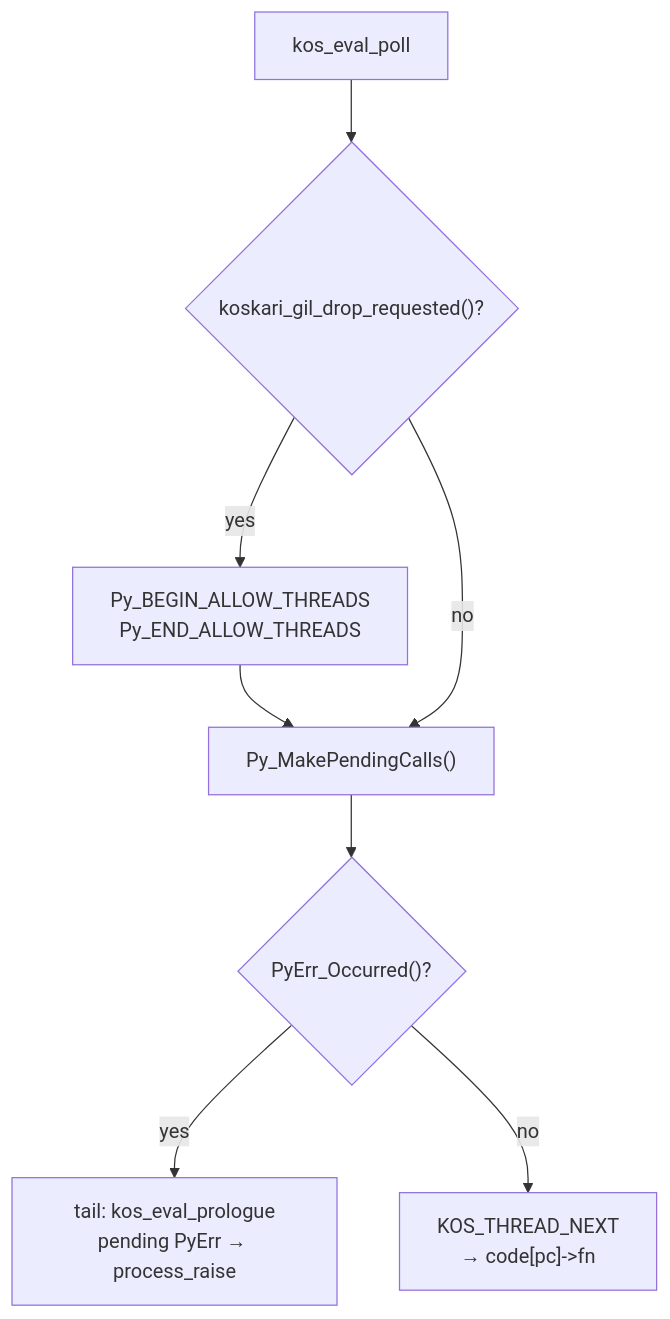
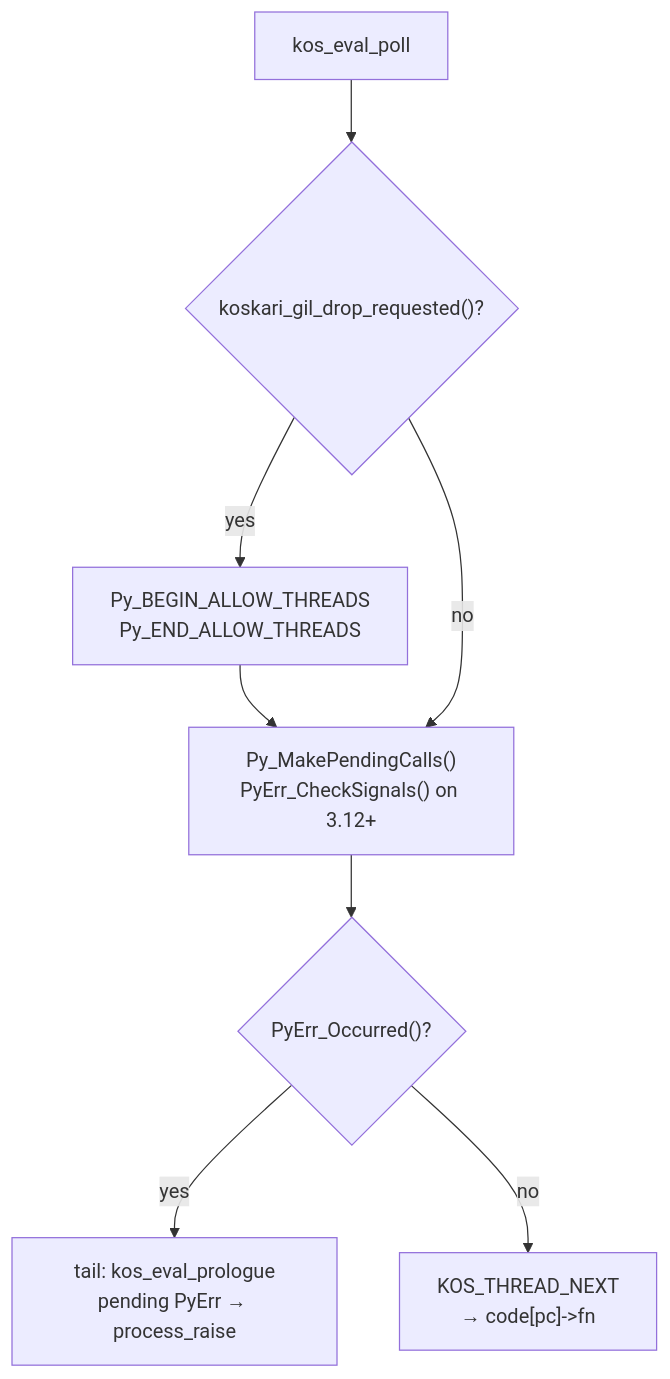
The second of 12 diagrams in design/EVALUATOR.md (koskari-lang/koskari), drawn with Mermaid before and after one commit. The commit also changed other lines of this file and 3 other files, not shown here.

````diff
--- a/design/EVALUATOR.md
+++ b/design/EVALUATOR.md
@@ -219,17 +219,17 @@
 ```mermaid
 flowchart TD
     poll["kos_eval_poll"]
     drop{"koskari_gil_drop_requested()?"}
     gil["Py_BEGIN_ALLOW_THREADS<br/>Py_END_ALLOW_THREADS"]
-    sig["Py_MakePendingCalls()"]
+    sig["Py_MakePendingCalls()<br/>PyErr_CheckSignals() on 3.12+"]
     raised{"PyErr_Occurred()?"}
     pro["tail: kos_eval_prologue<br/>pending PyErr → process_raise"]
     dispatch["KOS_THREAD_NEXT<br/>→ code[pc]->fn"]
 
     poll --> drop
     drop -->|yes| gil --> sig
     drop -->|no| sig
     sig --> raised
     raised -->|yes| pro
     raised -->|no| dispatch
 ```
````
